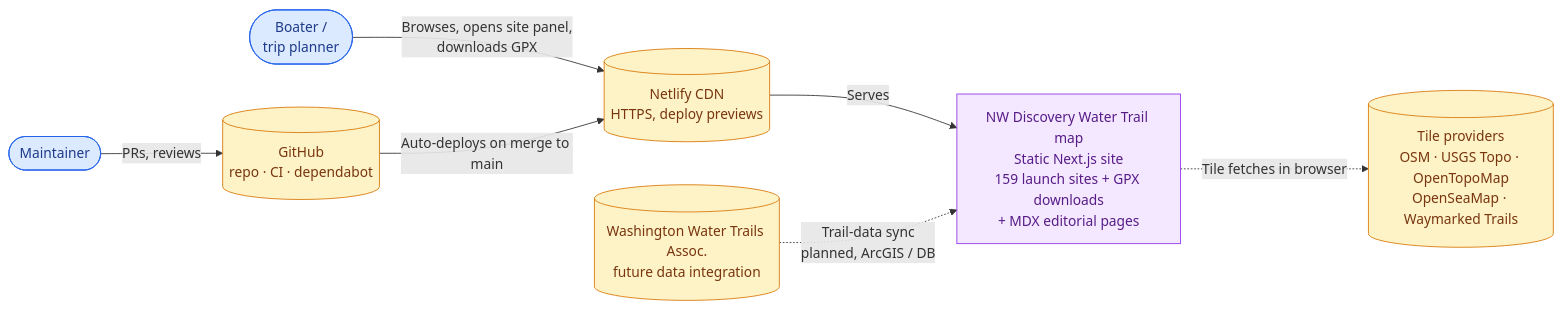
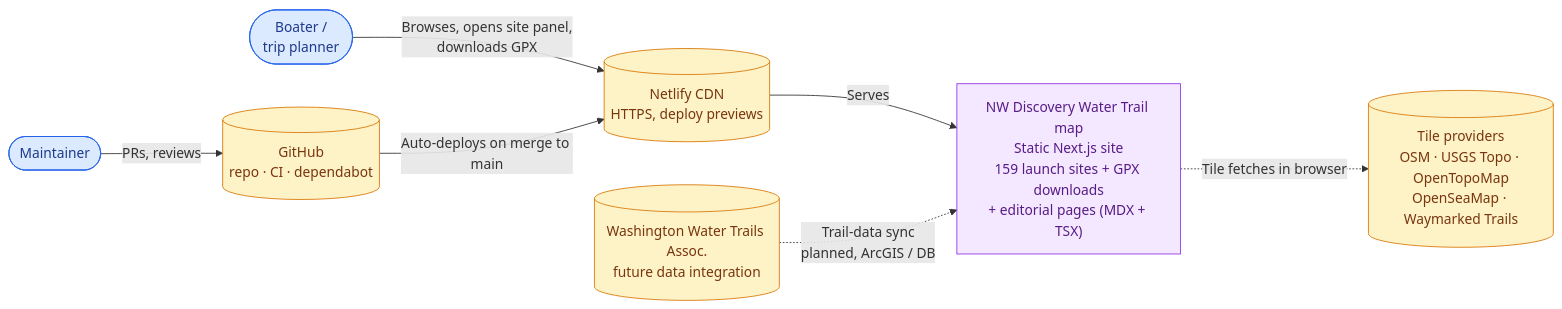
One commit to ivanoats/ndwt-ol-chakra changed the first of 2 diagrams in docs/architecture/overview.md. Above: the diagram before and after it, drawn with Mermaid. The commit also changed 1 other file, not shown here.

Commit message:
docs(architecture): address Gemini + Copilot review feedback
- overview.md context label: 'MDX editorial pages' was overstated
  since several editorial routes are TSX wrappers around
  ArticleLayout that don't import MDX. Now reads
  'editorial pages (MDX + TSX)'.
- components.md diagram: drop the SiteIndex --> Slug edge; SiteIndex
  consumes Site.slug as a string field, not the slug module. Add
  the missing Heading / Box / Text / Facilities edges that the
  component actually imports.
- components.md diagram: drop Article --> Heading and
  Article --> Stack; ArticleLayout only imports Link.
- components.md diagram: drop Slug --> Site (slug.ts has no Site
  import; it declares its own SluggableSite interface). Add
  Parser -.uses.-> Slug to show where assignSlugs is actually
  called.
- components.md diagram: replace AboutRoutes/EditorialRoutes -->
  Mdx with reverse dotted edges labeled 'MDX-backed subset' so the
  diagram doesn't claim every editorial route imports MDX.
- components.md narrative: split the route list into MDX-backed
  vs TSX-only subsets; clarify content/ ownership; explain why
  slug.ts uses SluggableSite instead of importing Site.

````diff
--- a/docs/architecture/overview.md
+++ b/docs/architecture/overview.md
@@ -16,26 +16,26 @@
 ```mermaid
 flowchart LR
   boater(["Boater /<br/>trip planner"])
   maintainer(["Maintainer"])
 
-  site["NW Discovery Water Trail map<br/>Static Next.js site<br/>159 launch sites + GPX downloads<br/>+ MDX editorial pages"]
+  site["NW Discovery Water Trail map<br/>Static Next.js site<br/>159 launch sites + GPX downloads<br/>+ editorial pages (MDX + TSX)"]
 
   netlify[("Netlify CDN<br/>HTTPS, deploy previews")]
   github[("GitHub<br/>repo · CI · dependabot")]
   tiles[("Tile providers<br/>OSM · USGS Topo · OpenTopoMap<br/>OpenSeaMap · Waymarked Trails")]
   wwta[("Washington Water Trails Assoc.<br/>future data integration")]
 
   boater -->|Browses, opens site panel,<br/>downloads GPX| netlify
   netlify -->|Serves| site
   maintainer -->|PRs, reviews| github
   github -->|Auto-deploys on merge to main| netlify
   site -.->|Tile fetches in browser| tiles
   wwta -.->|Trail-data sync<br/>planned, ArcGIS / DB| site
 
   classDef person fill:#dbeafe,stroke:#2563eb,color:#1e3a8a;
   classDef sys fill:#f3e8ff,stroke:#9333ea,color:#581c87;
   classDef ext fill:#fef3c7,stroke:#d97706,color:#78350f;
   class boater,maintainer person
   class site sys
   class netlify,github,tiles,wwta ext
 ```
````
